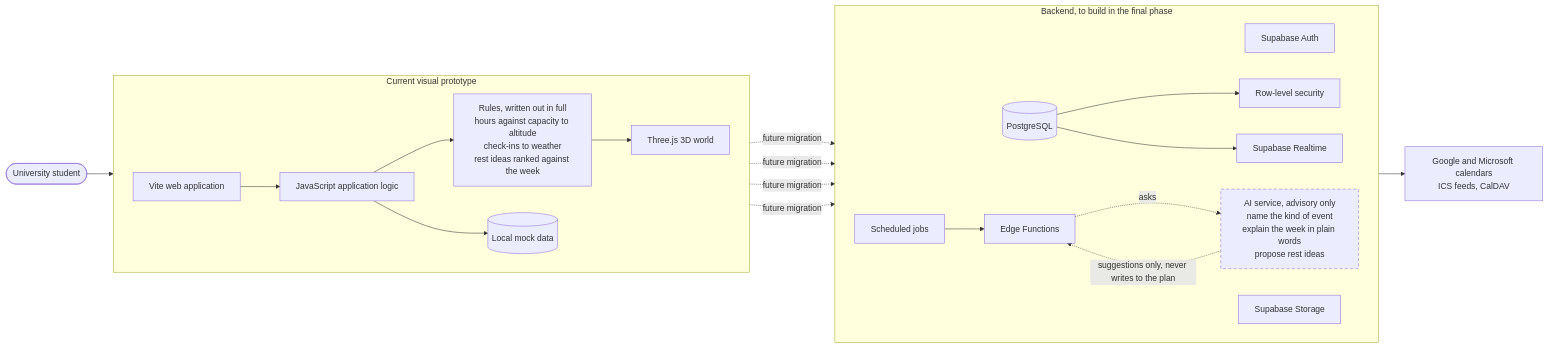
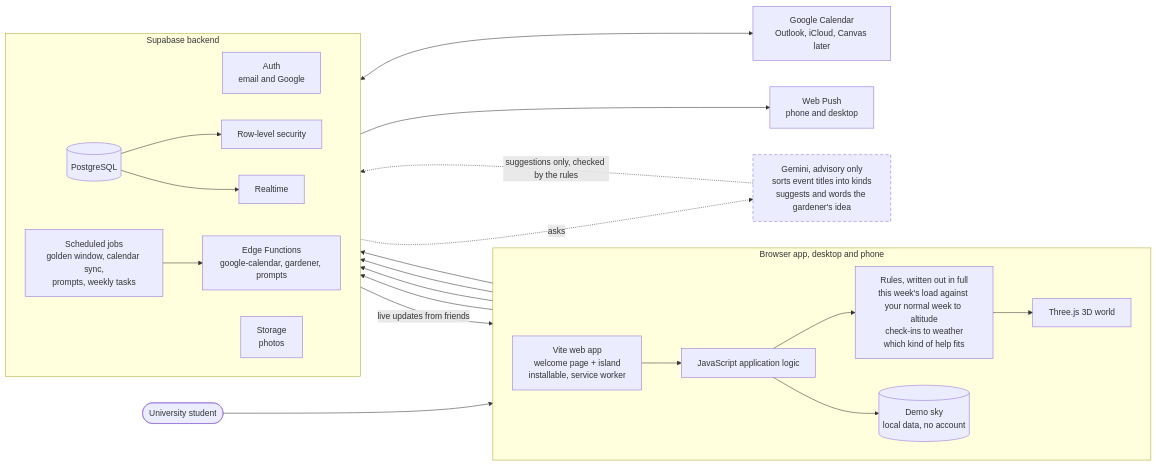
One commit to 25006675-png/Island_life changed the diagram in docs/architecture.mmd. Above: the diagram before and after it, drawn with Mermaid. The commit also changed 57 other files, not shown here.

```diff
--- a/docs/architecture.mmd
+++ b/docs/architecture.mmd
@@ -1,42 +1,45 @@
 flowchart LR
   student([University student])
 
-  subgraph proto["Current visual prototype"]
+  subgraph app["Browser app, desktop and phone"]
     direction LR
-    vite["Vite web application"]
+    vite["Vite web app<br/>welcome page + island<br/>installable, service worker"]
     logic["JavaScript application logic"]
-    rules["Rules, written out in full<br/>hours against capacity to altitude<br/>check-ins to weather<br/>rest ideas ranked against the week"]
+    rules["Rules, written out in full<br/>this week's load against your normal week to altitude<br/>check-ins to weather<br/>which kind of help fits"]
     world["Three.js 3D world"]
-    mock[("Local mock data")]
+    demo[("Demo sky<br/>local data, no account")]
   end
 
-  subgraph prod["Backend, to build in the final phase"]
+  subgraph backend["Supabase backend"]
     direction LR
-    auth["Supabase Auth"]
+    auth["Auth<br/>email and Google"]
     db[("PostgreSQL")]
     rls["Row-level security"]
-    realtime["Supabase Realtime"]
-    storage["Supabase Storage"]
-    cron["Scheduled jobs"]
-    edge["Edge Functions"]
-    ai["AI service, advisory only<br/>name the kind of event<br/>explain the week in plain words<br/>propose rest ideas"]
+    realtime["Realtime"]
+    storage["Storage<br/>photos"]
+    cron["Scheduled jobs<br/>golden window, calendar sync,<br/>prompts, weekly tasks"]
+    edge["Edge Functions<br/>google-calendar, gardener, prompts"]
   end
 
-  cal["Google and Microsoft calendars<br/>ICS feeds, CalDAV"]
+  ai["Gemini, advisory only<br/>sorts event titles into kinds<br/>suggests and words the gardener's idea"]
+  cal["Google Calendar<br/>Outlook, iCloud, Canvas later"]
+  push["Web Push<br/>phone and desktop"]
 
   student --> vite --> logic
   logic --> rules --> world
-  logic --> mock
-  logic -. future migration .-> auth
-  logic -. future migration .-> db
-  logic -. future migration .-> storage
-  logic -. future migration .-> edge
+  logic --> demo
+  logic --> auth
+  logic --> db
+  logic --> storage
+  logic --> edge
   db --> rls
   db --> realtime
+  realtime -->|"live updates from friends"| logic
   cron --> edge
-  edge --> cal
+  edge <--> cal
+  edge --> push
   edge -. asks .-> ai
-  ai -. suggestions only, never writes to the plan .-> edge
+  ai -. suggestions only, checked by the rules .-> edge
 
-  classDef planned stroke-dasharray:6 4;
-  class ai planned;
+  classDef advisory stroke-dasharray:6 4;
+  class ai advisory;
```
